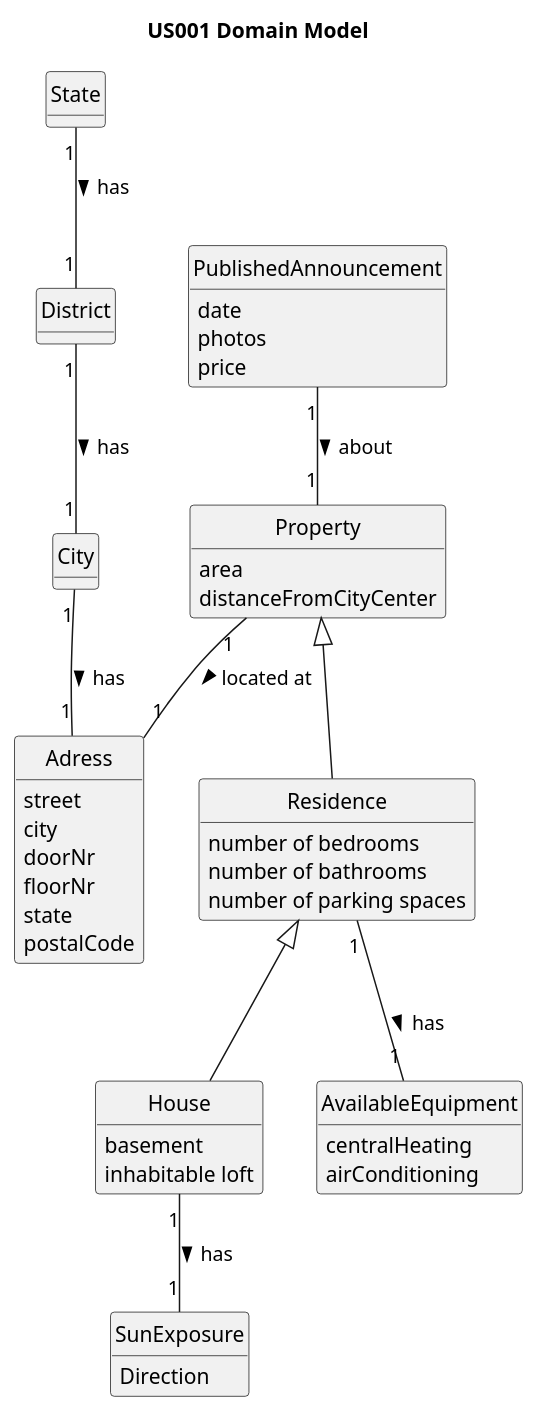
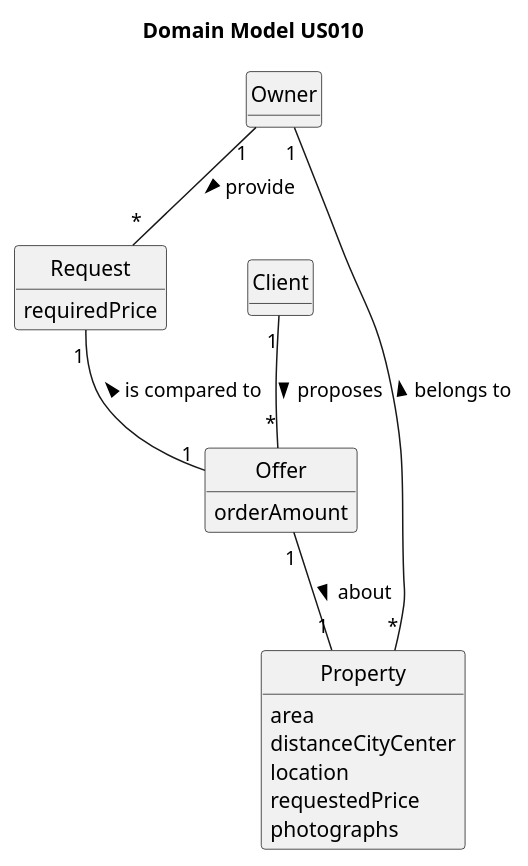
Before and after one commit to 1220812/LAPR2: the diagram in docs/sprintC/us010/02.analysis/puml/us010-domain-model.puml, drawn with PlantUML. The commit also changed 6 other files, not shown here.

Commit message:
us010 domain model and class diagram finished, code started

```diff
--- a/docs/sprintC/us010/02.analysis/puml/us010-domain-model.puml
+++ b/docs/sprintC/us010/02.analysis/puml/us010-domain-model.puml
@@ -1,74 +1,39 @@
 @startuml
 skinparam monochrome true
 skinparam packageStyle rectangle
 skinparam shadowing false
 
 'left to right direction
 
+skinparam classAttributeIconSize 0
+
 hide circle
 hide methods
 
-title US001 Domain Model
+title Domain Model US010
 
-class Adress{
-street
-city
-doorNr
-floorNr
-state
-postalCode
+class Property {
+    area
+    distanceCityCenter
+    location
+    requestedPrice
+    photographs
 }
 
-class State {
+class Request {
+    requiredPrice
 }
 
-class District {
-}
-
-class City {
-}
-
-class PublishedAnnouncement {
-date
-photos
-price
+class Offer {
+    orderAmount
 }
 
 
-class Property {
-area
-distanceFromCityCenter
-}
+Owner "1" -- "*" Property : belongs to <
+Owner "1" -- "*" Request : provide >
 
-class Residence {
-number of bedrooms
-number of bathrooms
-number of parking spaces
-}
+Offer "1" -- "1" Property : about >
+Client "1" -- "*" Offer : proposes >
 
-class House {
-basement
-inhabitable loft
-}
-
-class AvailableEquipment {
-centralHeating
-airConditioning
-}
-
-class SunExposure {
-Direction
-}
-
-
-City "1" -- "1" Adress : has >
-State "1" -- "1" District : has >
-District "1" -- "1" City : has >
-PublishedAnnouncement "1" -- "1" Property : about >
-Residence "1" -- "1" AvailableEquipment : has >
-House "1" -- "1" SunExposure : has >
-Property "1" -- "1" Adress : located at >
-Residence <|-- House
-Property <|-- Residence
-
+Offer "1" -up- "1" Request : is compared to >
 @enduml
```
